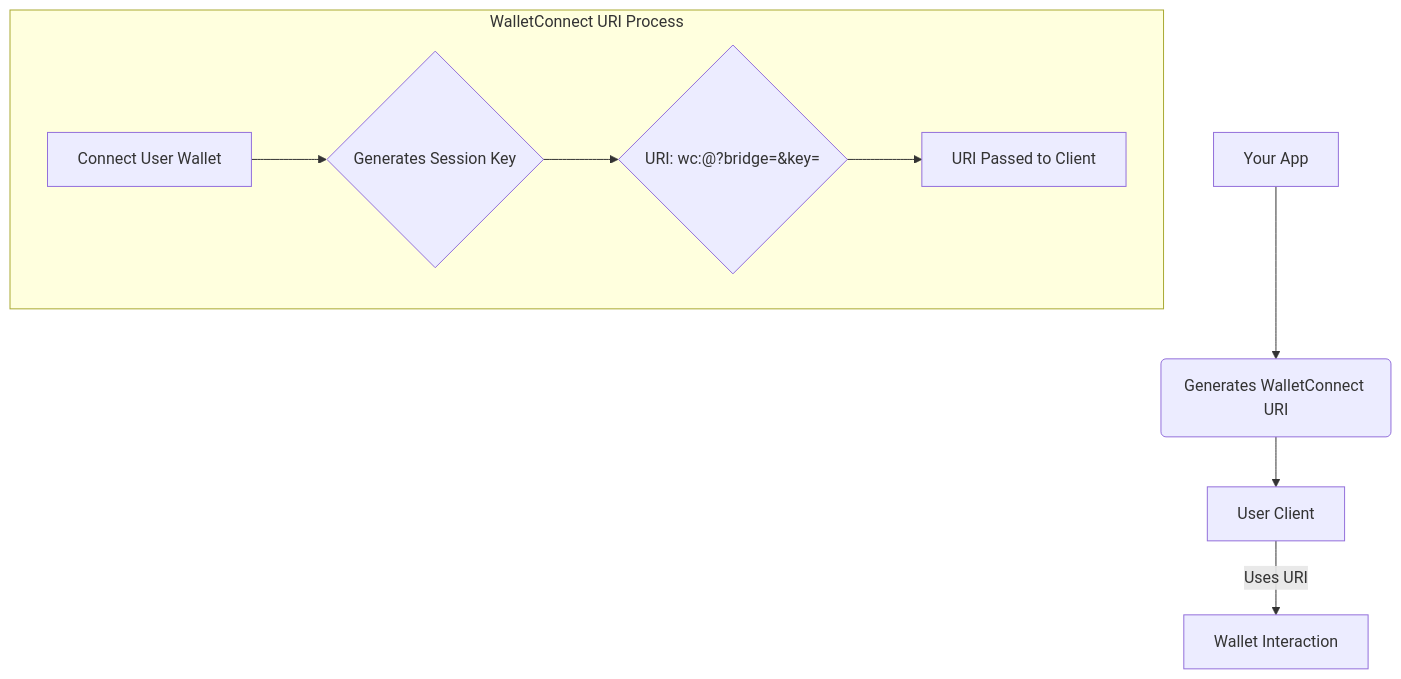
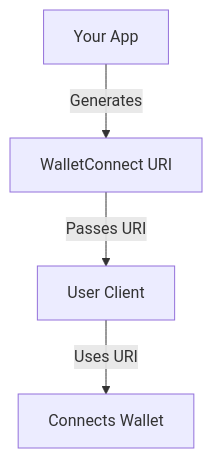
One commit to intersend/portability-WalletConnect changed the diagram in README.md. Above: the diagram before and after it, drawn with Mermaid.

````diff
--- a/README.md
+++ b/README.md
@@ -16,12 +16,6 @@
 ```mermaid
 graph TD
-    A[Your App] --> B(Generates WalletConnect URI)
-    B --> C[User Client]
-    C -->|Uses URI| D[Wallet Interaction]
-
-    subgraph WalletConnect URI Process
-        E[Connect User Wallet] --> F{Generates Session Key}
-        F --> G{URI: wc:<session-id>@<version>?bridge=<bridge-url>&key=<key>}
-        G --> H[URI Passed to Client]
-    end
+    A[Your App] -->|Generates| B[WalletConnect URI]
+    B -->|Passes URI| C[User Client]
+    C -->|Uses URI| D[Connects Wallet]
 ```
````
